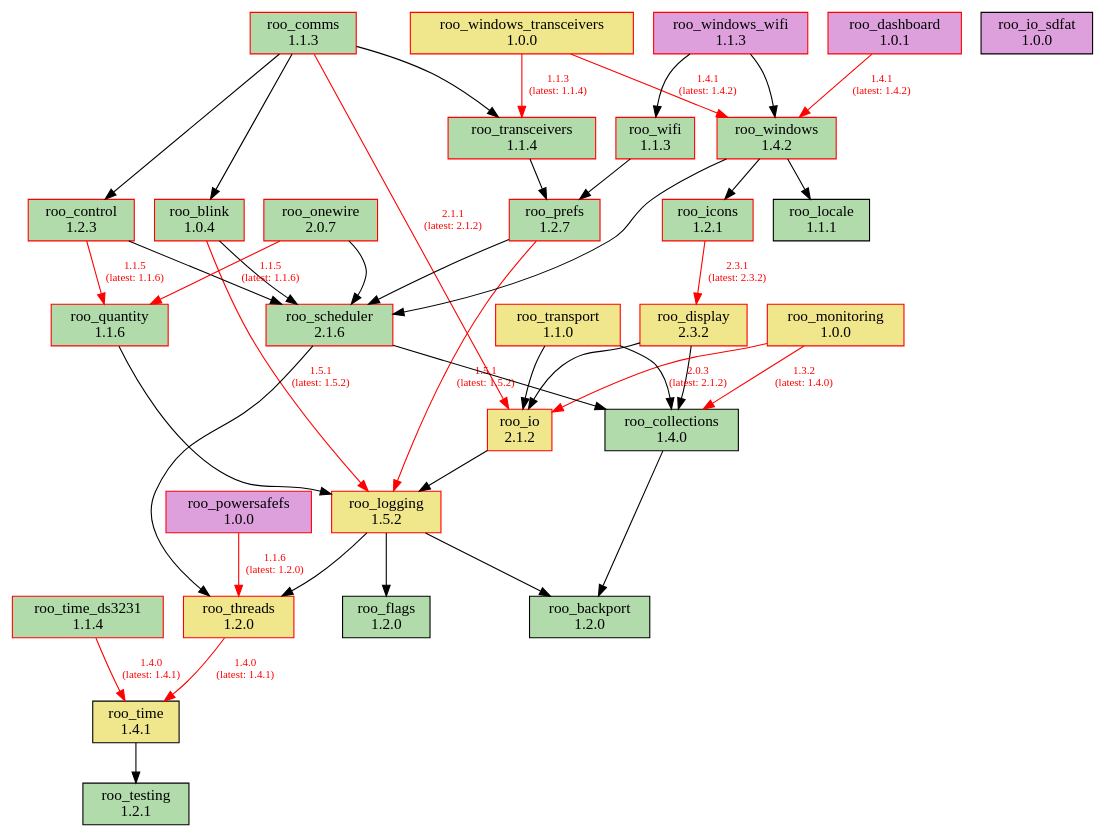
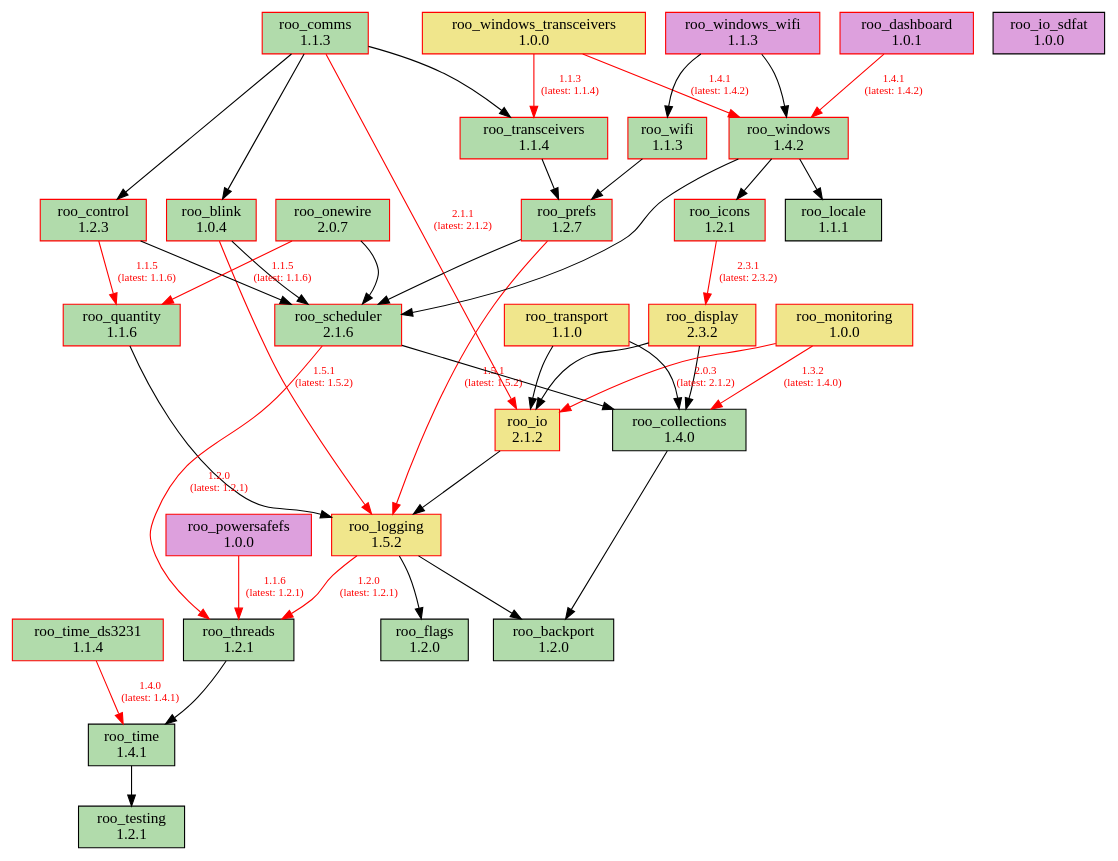
One commit to dejwk/roo-registry changed the diagram in doc/dependencies.dot. Above: the diagram before and after it, drawn with Graphviz. The commit also changed 3 other files, not shown here.

Commit message:
Added roo_threads 1.2.1 to the registry.

```diff
--- a/doc/dependencies.dot
+++ b/doc/dependencies.dot
@@ -1,79 +1,79 @@
 digraph dependencies {
     rankdir=TB;
     node [shape=box, style=filled];
     edge [fontsize=10];
 
     // Modules
     "roo_backport" [label="roo_backport\n1.2.0", fillcolor="#b1dbab", color="black"];
     "roo_blink" [label="roo_blink\n1.0.4", fillcolor="#b1dbab", color="red"];
     "roo_collections" [label="roo_collections\n1.4.0", fillcolor="#b1dbab", color="black"];
     "roo_comms" [label="roo_comms\n1.1.3", fillcolor="#b1dbab", color="red"];
     "roo_control" [label="roo_control\n1.2.3", fillcolor="#b1dbab", color="red"];
     "roo_dashboard" [label="roo_dashboard\n1.0.1", fillcolor="plum", color="red"];
     "roo_display" [label="roo_display\n2.3.2", fillcolor="khaki", color="red"];
     "roo_flags" [label="roo_flags\n1.2.0", fillcolor="#b1dbab", color="black"];
     "roo_icons" [label="roo_icons\n1.2.1", fillcolor="#b1dbab", color="red"];
     "roo_io" [label="roo_io\n2.1.2", fillcolor="khaki", color="red"];
     "roo_io_sdfat" [label="roo_io_sdfat\n1.0.0", fillcolor="plum", color="black"];
     "roo_locale" [label="roo_locale\n1.1.1", fillcolor="#b1dbab", color="black"];
     "roo_logging" [label="roo_logging\n1.5.2", fillcolor="khaki", color="red"];
     "roo_monitoring" [label="roo_monitoring\n1.0.0", fillcolor="khaki", color="red"];
     "roo_onewire" [label="roo_onewire\n2.0.7", fillcolor="#b1dbab", color="red"];
     "roo_powersafefs" [label="roo_powersafefs\n1.0.0", fillcolor="plum", color="red"];
     "roo_prefs" [label="roo_prefs\n1.2.7", fillcolor="#b1dbab", color="red"];
     "roo_quantity" [label="roo_quantity\n1.1.6", fillcolor="#b1dbab", color="red"];
     "roo_scheduler" [label="roo_scheduler\n2.1.6", fillcolor="#b1dbab", color="red"];
     "roo_testing" [label="roo_testing\n1.2.1", fillcolor="#b1dbab", color="black"];
-    "roo_threads" [label="roo_threads\n1.2.0", fillcolor="khaki", color="red"];
-    "roo_time" [label="roo_time\n1.4.1", fillcolor="khaki", color="black"];
+    "roo_threads" [label="roo_threads\n1.2.1", fillcolor="#b1dbab", color="black"];
+    "roo_time" [label="roo_time\n1.4.1", fillcolor="#b1dbab", color="black"];
     "roo_time_ds3231" [label="roo_time_ds3231\n1.1.4", fillcolor="#b1dbab", color="red"];
     "roo_transceivers" [label="roo_transceivers\n1.1.4", fillcolor="#b1dbab", color="red"];
     "roo_transport" [label="roo_transport\n1.1.0", fillcolor="khaki", color="red"];
     "roo_wifi" [label="roo_wifi\n1.1.3", fillcolor="#b1dbab", color="red"];
     "roo_windows" [label="roo_windows\n1.4.2", fillcolor="#b1dbab", color="red"];
     "roo_windows_transceivers" [label="roo_windows_transceivers\n1.0.0", fillcolor="khaki", color="red"];
     "roo_windows_wifi" [label="roo_windows_wifi\n1.1.3", fillcolor="plum", color="red"];
 
     // Dependencies
     "roo_blink" -> "roo_logging" [color=red, fontcolor=red, label="1.5.1\n(latest: 1.5.2)"];
     "roo_blink" -> "roo_scheduler";
     "roo_collections" -> "roo_backport";
     "roo_comms" -> "roo_blink";
     "roo_comms" -> "roo_control";
     "roo_comms" -> "roo_io" [color=red, fontcolor=red, label="2.1.1\n(latest: 2.1.2)"];
     "roo_comms" -> "roo_transceivers";
     "roo_control" -> "roo_quantity" [color=red, fontcolor=red, label="1.1.5\n(latest: 1.1.6)"];
     "roo_control" -> "roo_scheduler";
     "roo_dashboard" -> "roo_windows" [color=red, fontcolor=red, label="1.4.1\n(latest: 1.4.2)"];
     "roo_display" -> "roo_collections";
     "roo_display" -> "roo_io";
     "roo_icons" -> "roo_display" [color=red, fontcolor=red, label="2.3.1\n(latest: 2.3.2)"];
     "roo_io" -> "roo_logging";
     "roo_logging" -> "roo_backport";
     "roo_logging" -> "roo_flags";
-    "roo_logging" -> "roo_threads";
+    "roo_logging" -> "roo_threads" [color=red, fontcolor=red, label="1.2.0\n(latest: 1.2.1)"];
     "roo_monitoring" -> "roo_collections" [color=red, fontcolor=red, label="1.3.2\n(latest: 1.4.0)"];
     "roo_monitoring" -> "roo_io" [color=red, fontcolor=red, label="2.0.3\n(latest: 2.1.2)"];
     "roo_onewire" -> "roo_scheduler";
     "roo_onewire" -> "roo_quantity" [color=red, fontcolor=red, label="1.1.5\n(latest: 1.1.6)"];
-    "roo_powersafefs" -> "roo_threads" [color=red, fontcolor=red, label="1.1.6\n(latest: 1.2.0)"];
+    "roo_powersafefs" -> "roo_threads" [color=red, fontcolor=red, label="1.1.6\n(latest: 1.2.1)"];
     "roo_prefs" -> "roo_logging" [color=red, fontcolor=red, label="1.5.1\n(latest: 1.5.2)"];
     "roo_prefs" -> "roo_scheduler";
     "roo_quantity" -> "roo_logging";
     "roo_scheduler" -> "roo_collections";
-    "roo_scheduler" -> "roo_threads";
-    "roo_threads" -> "roo_time" [color=red, fontcolor=red, label="1.4.0\n(latest: 1.4.1)"];
+    "roo_scheduler" -> "roo_threads" [color=red, fontcolor=red, label="1.2.0\n(latest: 1.2.1)"];
+    "roo_threads" -> "roo_time";
     "roo_time" -> "roo_testing";
     "roo_time_ds3231" -> "roo_time" [color=red, fontcolor=red, label="1.4.0\n(latest: 1.4.1)"];
     "roo_transceivers" -> "roo_prefs";
     "roo_transport" -> "roo_collections";
     "roo_transport" -> "roo_io";
     "roo_wifi" -> "roo_prefs";
     "roo_windows" -> "roo_locale";
     "roo_windows" -> "roo_icons";
     "roo_windows" -> "roo_scheduler";
     "roo_windows_transceivers" -> "roo_transceivers" [color=red, fontcolor=red, label="1.1.3\n(latest: 1.1.4)"];
     "roo_windows_transceivers" -> "roo_windows" [color=red, fontcolor=red, label="1.4.1\n(latest: 1.4.2)"];
     "roo_windows_wifi" -> "roo_wifi";
     "roo_windows_wifi" -> "roo_windows";
 }
```
